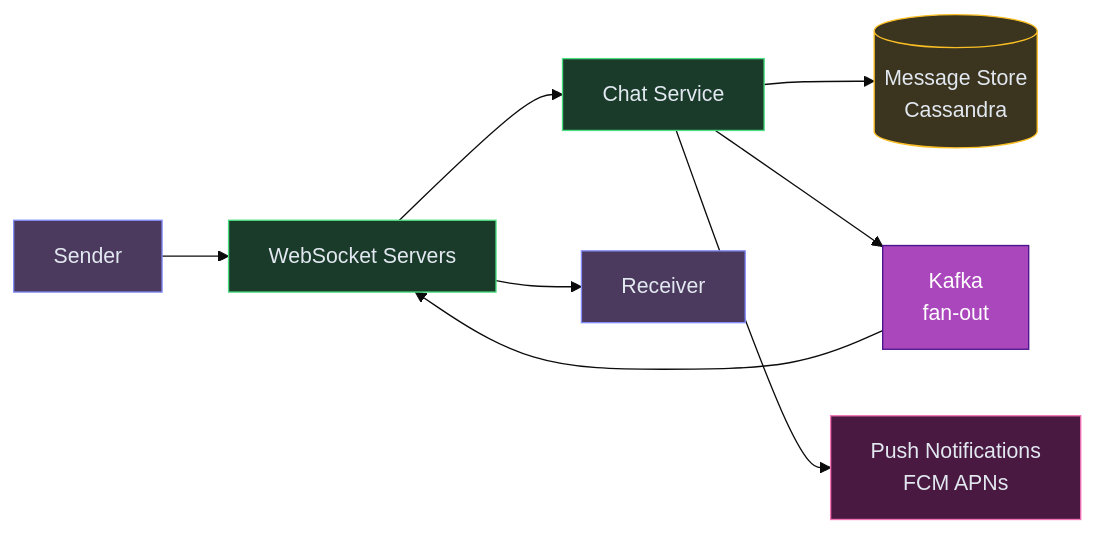
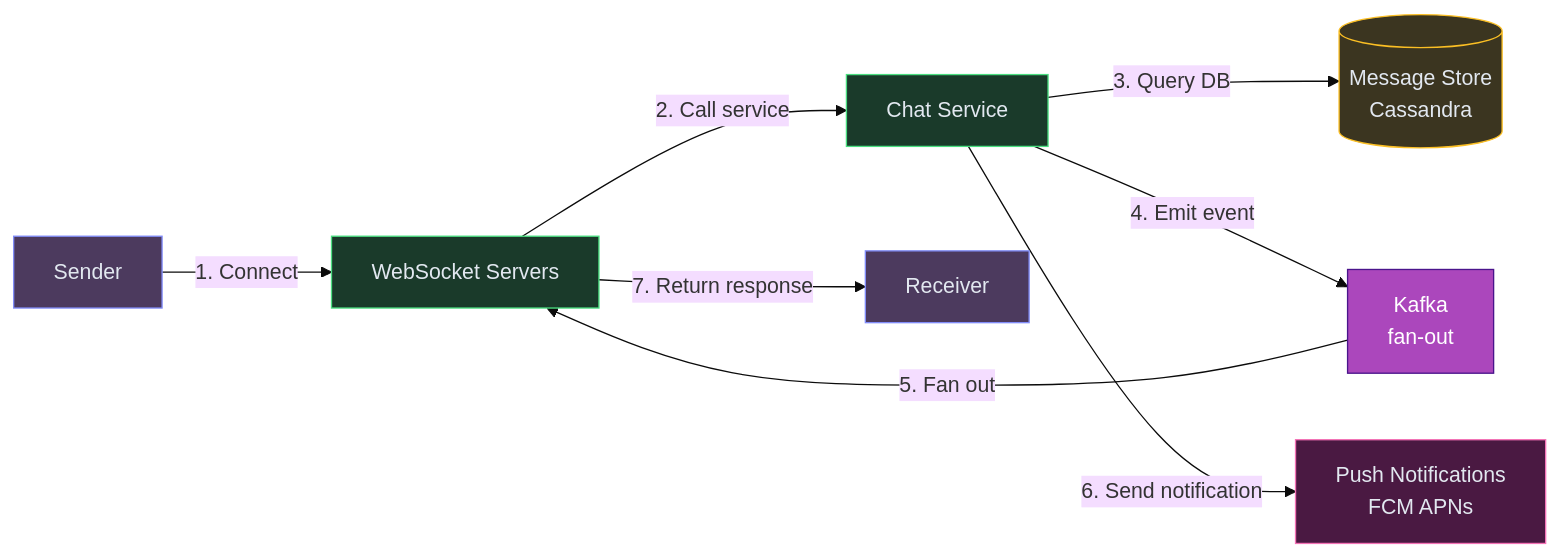
Before and after one commit to iluzn/HLD-Designs: the first of 6 diagrams in content/hld/ChatSystem.md, drawn with Mermaid (base theme). The commit also changed other lines of this file and 27 other files, not shown here.

````diff
--- a/content/hld/ChatSystem.md
+++ b/content/hld/ChatSystem.md
@@ -19,24 +19,24 @@
 ```mermaid
 flowchart LR
     SENDER["Sender"]:::client
     WS["WebSocket Servers"]:::service
     CHAT["Chat Service"]:::service
     STORE[("Message Store<br/>Cassandra")]:::data
     K["Kafka<br/>fan-out"]:::async
     PUSH["Push Notifications<br/>FCM APNs"]:::external
     RECEIVER["Receiver"]:::client
 
-    SENDER --> WS
-    WS --> CHAT
-    CHAT --> STORE
-    CHAT --> K
-    K --> WS
-    CHAT --> PUSH
-    WS --> RECEIVER
+    SENDER -->|"1. Connect"| WS
+    WS -->|"2. Call service"| CHAT
+    CHAT -->|"3. Query DB"| STORE
+    CHAT -->|"4. Emit event"| K
+    K -->|"5. Fan out"| WS
+    CHAT -->|"6. Send notification"| PUSH
+    WS -->|"7. Return response"| RECEIVER
 
     classDef client fill:#4c3a5e,stroke:#818cf8,color:#e2e8f0
     classDef service fill:#1a3a2a,stroke:#4ade80,color:#e2e8f0
     classDef async fill:#AB47BC,stroke:#4A148C,color:#fff
     classDef data fill:#3b3520,stroke:#fbbf24,color:#e2e8f0
     classDef external fill:#4a1942,stroke:#f472b6,color:#e2e8f0
 ```
````
